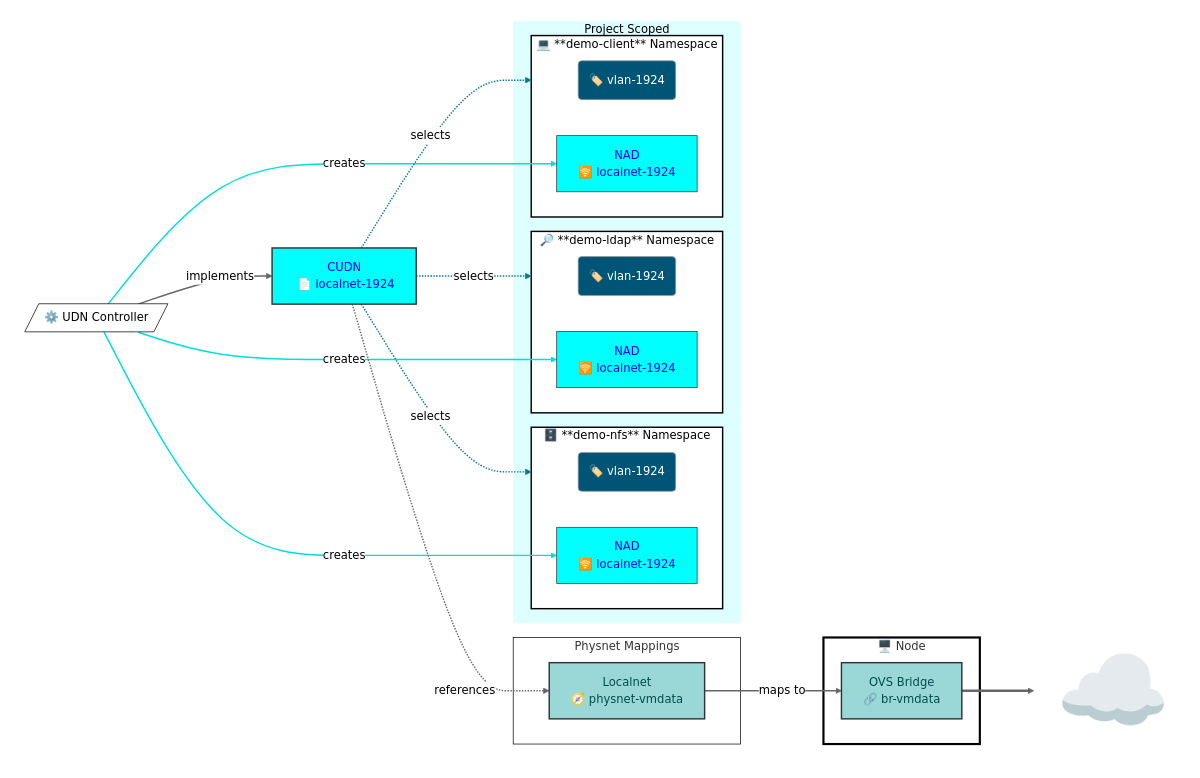
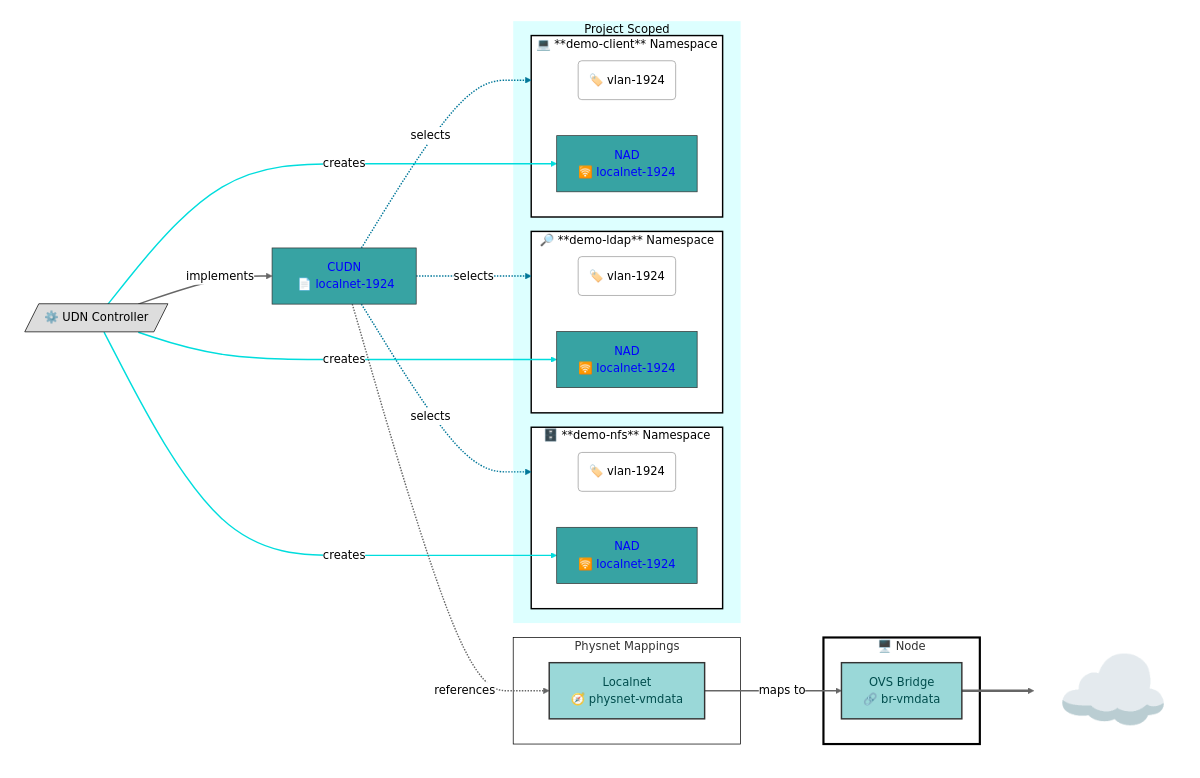
One commit to dlbewley/demo-rhone-26 changed the fifth of 7 diagrams in README.md. Above: the diagram before and after it, drawn with Mermaid (neutral theme). The commit also changed other lines of this file, not shown here.

Commit message:
simplify mermaid

````diff
--- a/README.md
+++ b/README.md
@@ -255,78 +229,75 @@
 ```mermaid
 graph LR;
     subgraph Cluster[" "]
       udn-localnet-1924["CUDN<br>️ 📄 localnet-1924"]:::udn-localnet-1924
       udn-controller[/"⚙️ UDN Controller"/]
 
       subgraph Localnets["Physnet Mappings"]
         physnet-vmdata[Localnet<br> 🧭 physnet-vmdata]:::nad-1924;
       end
 
       subgraph Project["Project Scoped"]
         subgraph ns-nfs["🗄️ **demo-nfs** Namespace"]
           label-nfs("🏷️ vlan-1924"):::labels;
           nad-1924-nfs[NAD<br> 🛜 localnet-1924];
         end
 
         subgraph ns-ldap["🔎 **demo-ldap** Namespace"]
           label-ldap("🏷️ vlan-1924"):::labels;
           nad-1924-ldap[NAD<br> 🛜 localnet-1924]:::nad-1924;
         end
 
         subgraph ns-client["💻 **demo-client** Namespace"]
           label-client("🏷️ vlan-1924"):::labels;
           nad-1924-client[NAD<br> 🛜 localnet-1924]:::nad-1924;
         end
       end
       subgraph node1["🖥️ Node "]
         br-vmdata[ OVS Bridge<br> 🔗 br-vmdata]:::vlan-1924;
       end
     end
 
     udn-localnet-1924 -. selects .-> ns-client
     udn-localnet-1924 -. selects .-> ns-ldap
     udn-localnet-1924 -. selects .-> ns-nfs
 
     linkStyle 0,1,2 stroke:#007799,stroke-width:2px;
 
     udn-controller --creates--> nad-1924-nfs
     udn-controller --creates--> nad-1924-ldap
     udn-controller --creates--> nad-1924-client
 
     linkStyle 3,4,5 stroke:#00dddd,stroke-width:2px;
 
     udn-controller == implements ==> udn-localnet-1924
     udn-localnet-1924 -. references .-> physnet-vmdata
     physnet-vmdata -- maps to --> br-vmdata
 
     linkStyle 6,7,8 stroke-width:2px;
 
     Internet["☁️ "]:::Internet
     br-vmdata ==> Internet
 
     classDef node-eth fill:#00dddd,color:#00f,stroke:#333,stroke-width:2px;
 
     classDef bond1 fill:#9ad8d8,color:#004d4d,stroke:#333,stroke-width:2px
     class br-vmdata,physnet-vmdata bond1
 
-    classDef vlan-1924 fill:#00dddd,color:#00f,stroke:#333,stroke-width:2px;
-    classDef udn-localnet-1924 fill:#00ffff,color:#00f,stroke:#333,stroke-width:2px;
-
-    classDef labels stroke-width:1px,color:#fff,fill:#005577;
+    classDef labels stroke-width:1px,color:#000,fill:#fff;
     classDef networks fill:#cdd,stroke-width:0px;
 
-    style udn-controller fill:#fff,stroke:#000,stroke-width:1px;
+    style udn-controller fill:#ddd,stroke:#000,stroke-width:1px;
     style node1 fill:#fff,stroke:#000,stroke-width:3px;
     style Localnets fill:#fff,stroke:#000,stroke-width:1px;
     style Cluster color:#000,fill:#fff,stroke:#333,stroke-width:0px;
     style Project color:#000,fill:#dff,stroke:#333,stroke-width:0px
     style Internet fill:none,stroke-width:0px,font-size:+2em;
 
     classDef nodes stroke-width:3px;
     class node1,node2,node3 nodes;
     classDef namespace color:#000,fill:#fff,stroke:#000,stroke-width:2px;
     class ns-nfs,ns-client,ns-ldap namespace;
 
-    classDef nad-1924 fill:#00ffff,color:#00f,stroke:#333,stroke-width:1px;
-    class nad-1924-client,nad-1924-ldap,nad-1924-nfs nad-1924;
+    classDef nad-1924 fill:#37a3a3,color:#00f,stroke:#333,stroke-width:1px;
+    class nad-1924-client,nad-1924-ldap,nad-1924-nfs,udn-localnet-1924 nad-1924;
 ```
````
